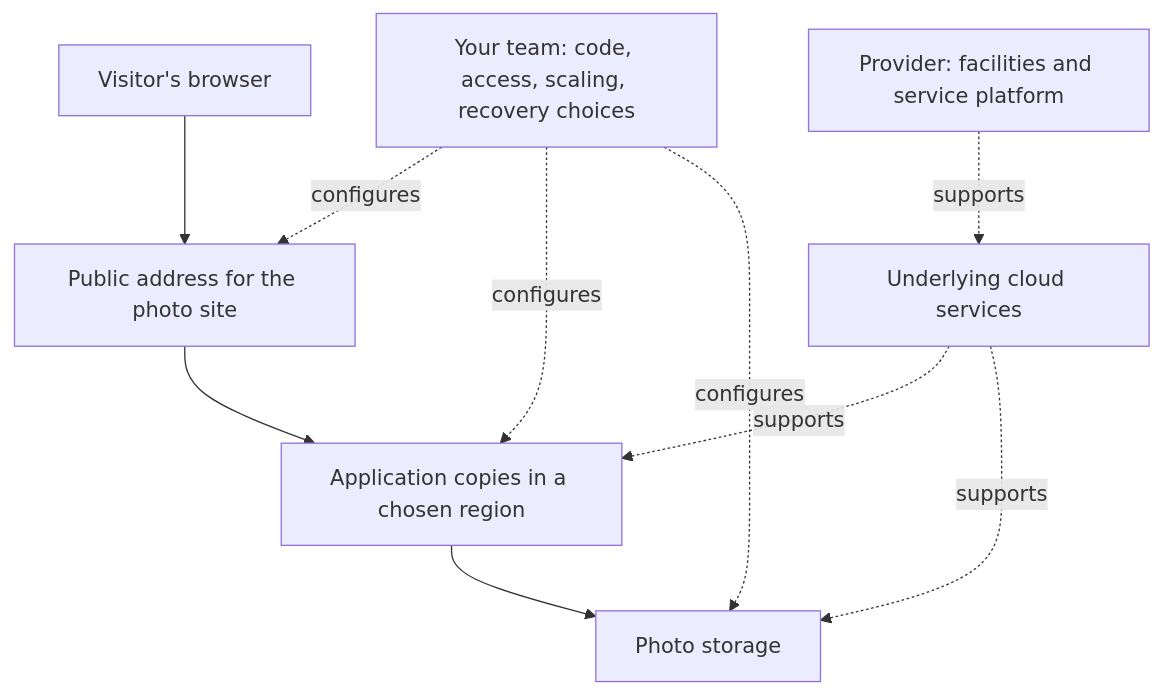
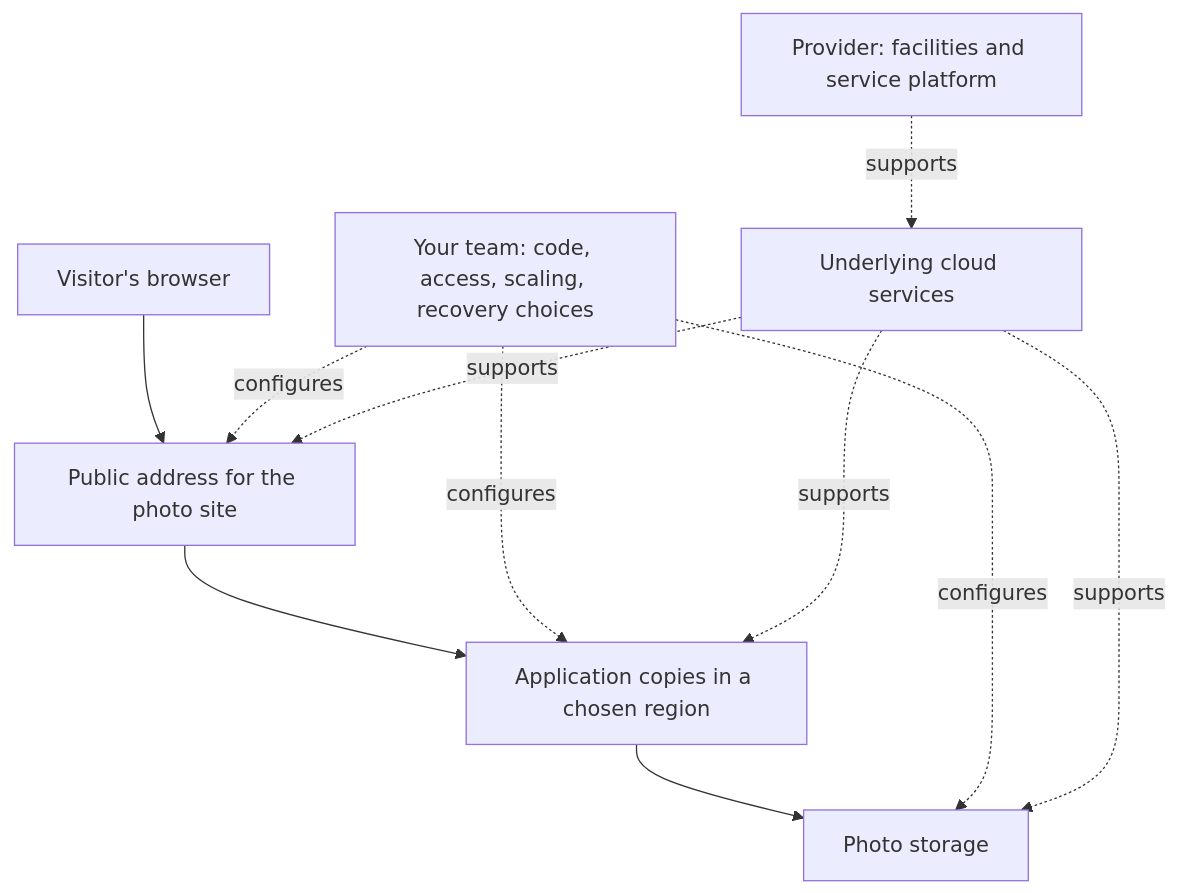
The diagram in knowledge/cloud/cloud-computing-fundamentals.md (David-A18/MY-humble-knowledge-for-everyone), drawn with Mermaid before and after one commit. The commit also changed other lines of this file and 6 other files, not shown here.

````diff
--- a/knowledge/cloud/cloud-computing-fundamentals.md
+++ b/knowledge/cloud/cloud-computing-fundamentals.md
@@ -132,12 +161,13 @@
 ```mermaid
 flowchart TD
     visitor[Visitor's browser] --> endpoint[Public address for the photo site]
     endpoint --> app[Application copies in a chosen region]
     app --> data[Photo storage]
     owner[Your team: code, access, scaling, recovery choices] -. configures .-> endpoint
     owner -. configures .-> app
     owner -. configures .-> data
     provider[Provider: facilities and service platform] -. supports .-> platform[Underlying cloud services]
     platform -. supports .-> app
     platform -. supports .-> data
+    platform -. supports .-> endpoint
 ```
````
